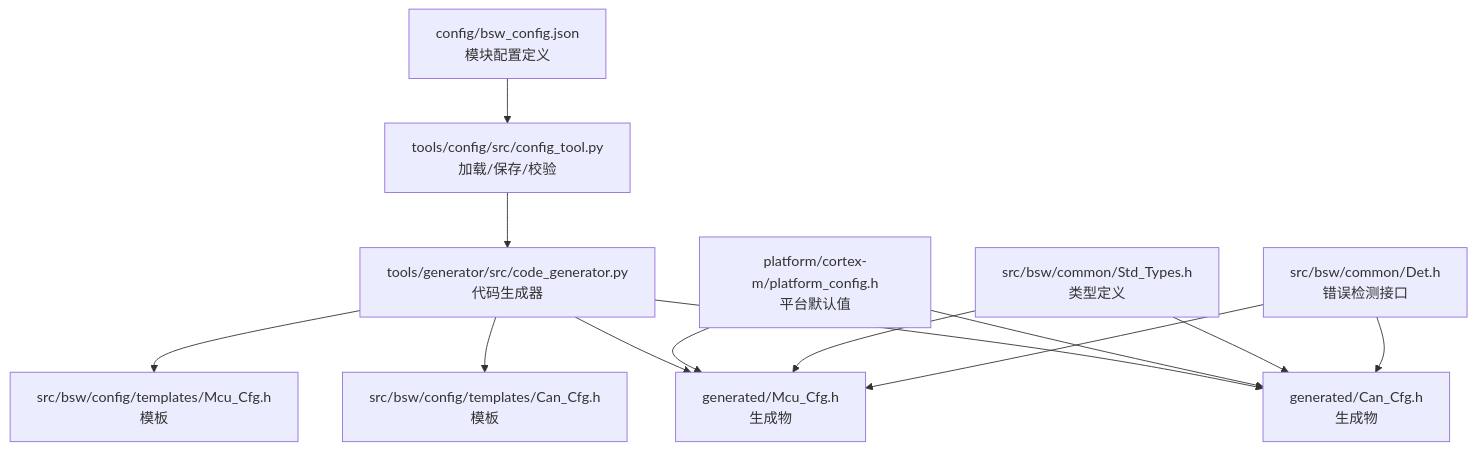
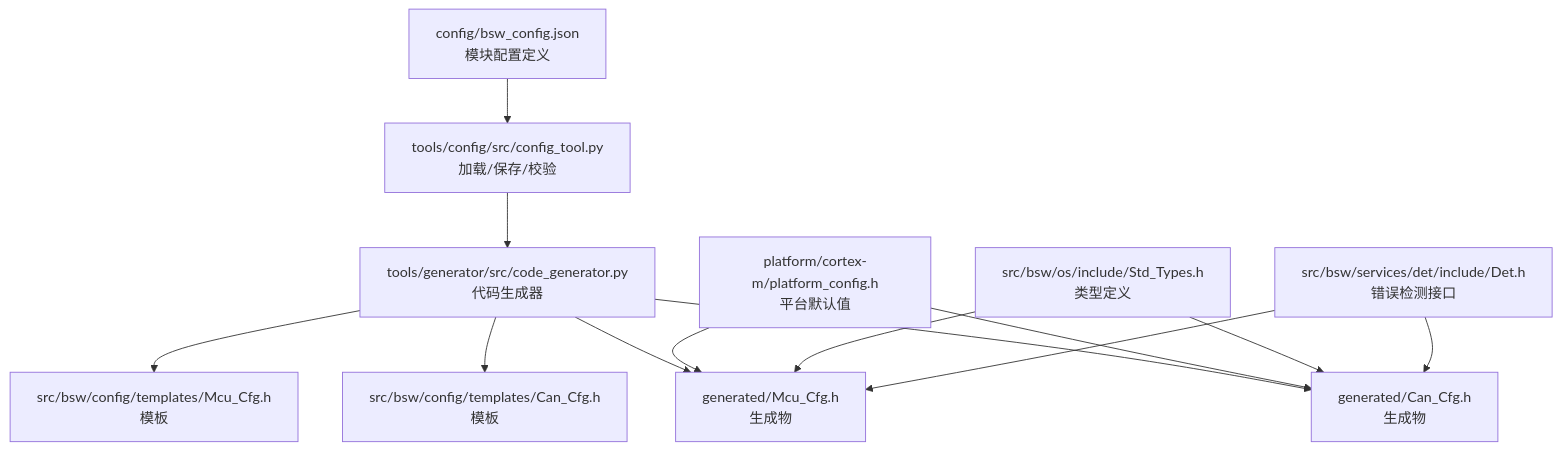
The first of 6 diagrams in .qoder/repowiki/zh/content/配置管理.md (frisky1985/yuleASR), drawn with Mermaid before and after one commit. The commit also changed other lines of this file and 191 other files, not shown here.

````diff
--- a/.qoder/repowiki/zh/content/配置管理.md
+++ b/.qoder/repowiki/zh/content/配置管理.md
@@ -57,15 +57,15 @@
 ```mermaid
 graph TB
 cfg_json["config/bsw_config.json<br/>模块配置定义"] --> tool["tools/config/src/config_tool.py<br/>加载/保存/校验"]
 tool --> gen["tools/generator/src/code_generator.py<br/>代码生成器"]
 gen --> tmpl_mcu["src/bsw/config/templates/Mcu_Cfg.h<br/>模板"]
 gen --> tmpl_can["src/bsw/config/templates/Can_Cfg.h<br/>模板"]
 gen --> out_mcu["generated/Mcu_Cfg.h<br/>生成物"]
 gen --> out_can["generated/Can_Cfg.h<br/>生成物"]
 plat["platform/cortex-m/platform_config.h<br/>平台默认值"] --> out_mcu
 plat --> out_can
-std["src/bsw/common/Std_Types.h<br/>类型定义"] --> out_mcu
+std["src/bsw/os/include/Std_Types.h<br/>类型定义"] --> out_mcu
 std --> out_can
-det["src/bsw/common/Det.h<br/>错误检测接口"] --> out_mcu
+det["src/bsw/services/det/include/Det.h<br/>错误检测接口"] --> out_mcu
 det --> out_can
 ```
````
